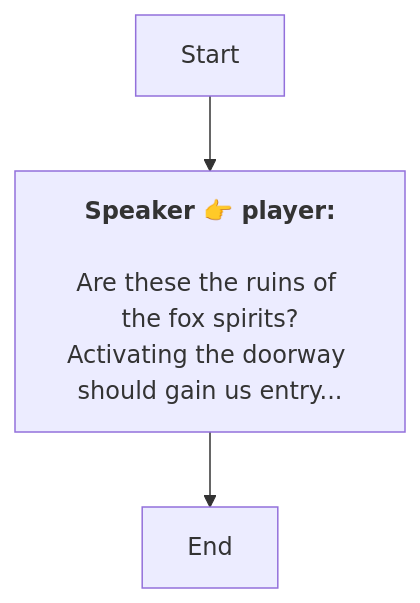
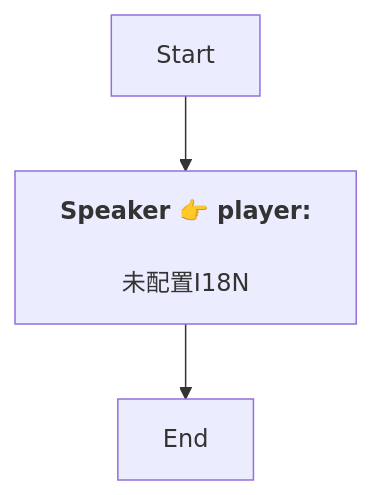
Before and after one commit to SoftHu/tos_avg: the diagram in En/QuestStartTalkENode_1749521427653894.md, drawn with Mermaid. The commit also changed 730 other files, not shown here.

````diff
--- a/En/QuestStartTalkENode_1749521427653894.md
+++ b/En/QuestStartTalkENode_1749521427653894.md
@@ -1,8 +1,7 @@
 ```mermaid
 graph
 Start -->1749521508459785[<b>Speaker 👉 player:</b>
-\nAre these the ruins of the fox spirits?
-Activating the doorway should gain us entry...]
+\n未配置I18N]
 1749521508459785 -->1749521514432778[End]
 
 ```
````
